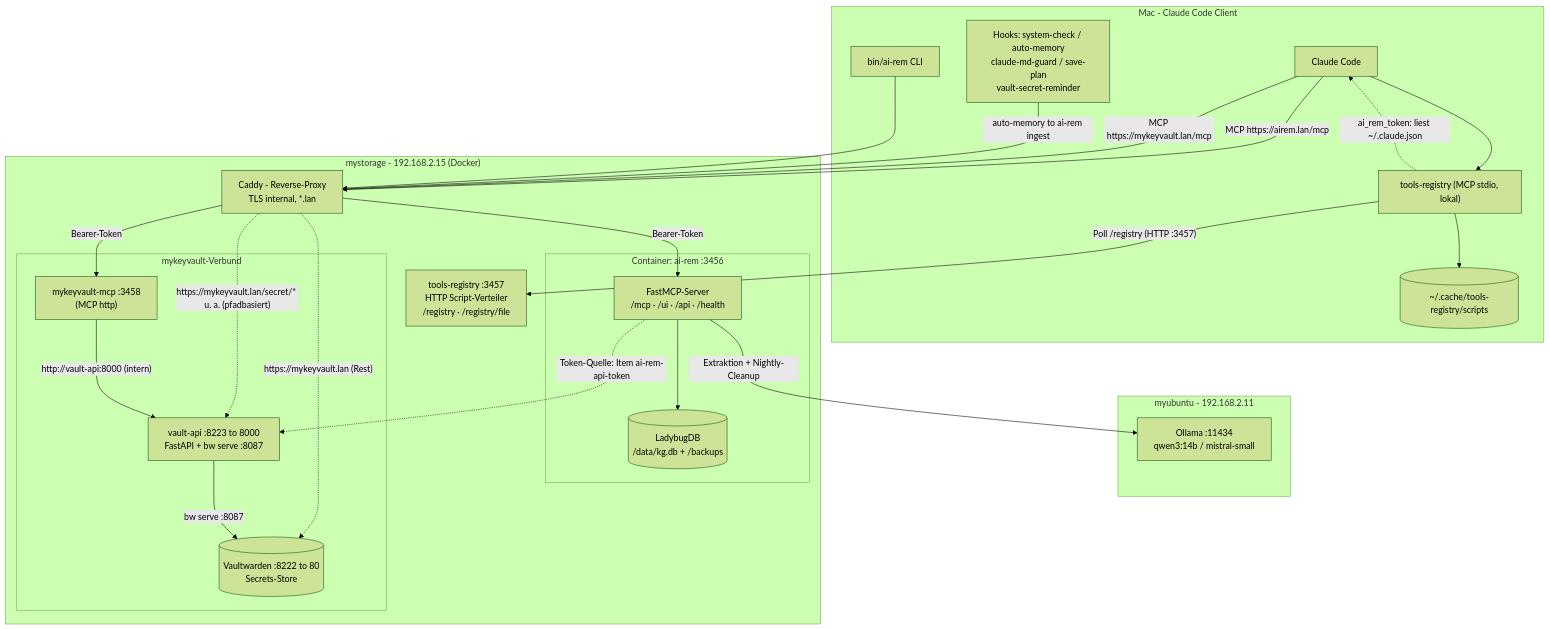
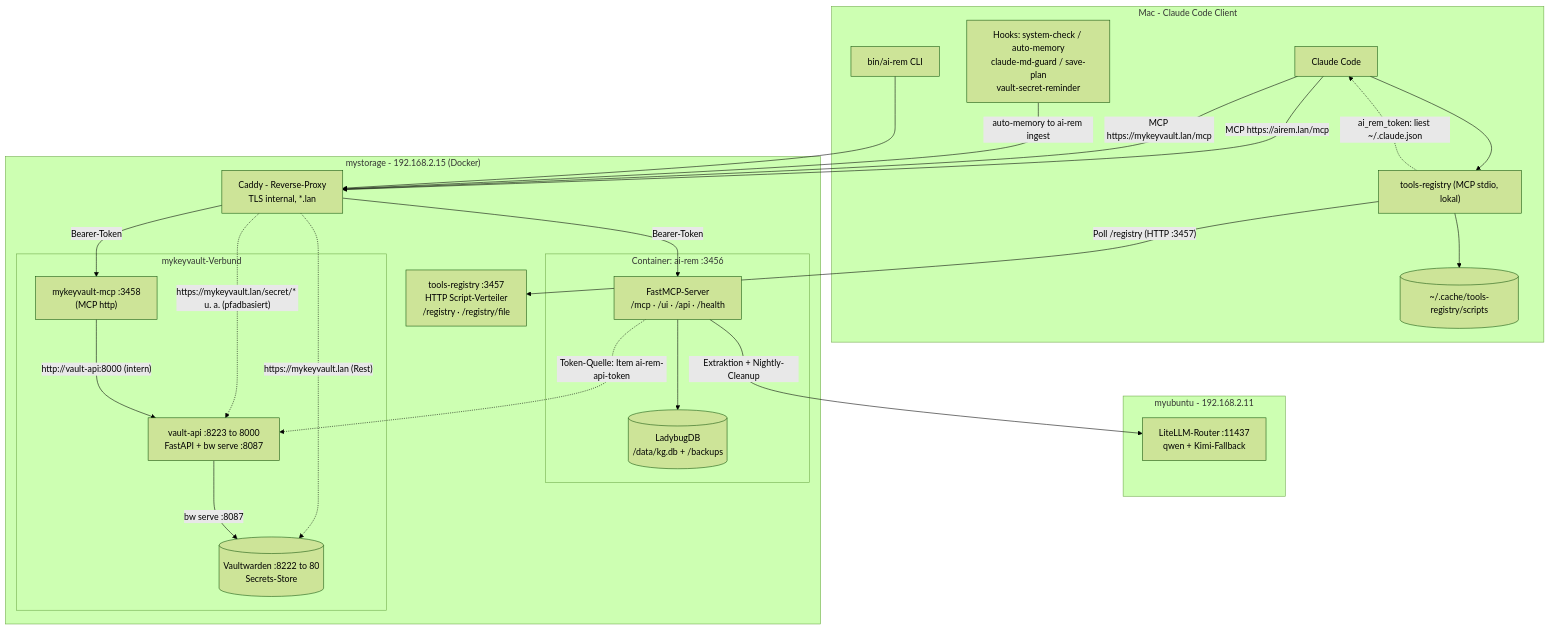
The diagram in docs/architecture-diagram.mmd (markus7h/ai-rem), drawn with Mermaid (forest theme) before and after one commit. The commit also changed 17 other files, not shown here.

First line of the commit message:
feat: LLM-Aufrufe über den Router statt direkt gegen myai (v1.2.0) (#129)

```diff
--- a/docs/architecture-diagram.mmd
+++ b/docs/architecture-diagram.mmd
@@ -1,53 +1,53 @@
 flowchart TB
   subgraph MAC["Mac - Claude Code Client"]
     CC["Claude Code"]
     HOOKS["Hooks: system-check / auto-memory<br/>claude-md-guard / save-plan<br/>vault-secret-reminder"]
     CLI["bin/ai-rem CLI"]
     TMCP["tools-registry (MCP stdio, lokal)"]
     CACHE[("~/.cache/tools-registry/scripts")]
   end
 
   subgraph UBU["myubuntu - 192.168.2.11"]
-    OLLAMA["Ollama :11434<br/>qwen3:14b / mistral-small"]
+    OLLAMA["LiteLLM-Router :11437<br/>qwen + Kimi-Fallback"]
   end
 
   subgraph STORAGE["mystorage - 192.168.2.15 (Docker)"]
     CADDY["Caddy - Reverse-Proxy<br/>TLS internal, *.lan"]
     subgraph AIREM_C["Container: ai-rem :3456"]
       AIREM["FastMCP-Server<br/>/mcp · /ui · /api · /health"]
       LADYBUG[("LadybugDB<br/>/data/kg.db + /backups")]
     end
     subgraph KV["mykeyvault-Verbund"]
       KVMCP["mykeyvault-mcp :3458<br/>(MCP http)"]
       VAPI["vault-api :8223 to 8000<br/>FastAPI + bw serve :8087"]
       VW[("Vaultwarden :8222 to 80<br/>Secrets-Store")]
     end
     REG["tools-registry :3457<br/>HTTP Script-Verteiler<br/>/registry · /registry/file"]
   end
 
   %% MCP-Kanaele (Bearer-Token ai-rem-api-token)
   CC -- "MCP https://airem.lan/mcp" --> CADDY
   CC -- "MCP https://mykeyvault.lan/mcp" --> CADDY
   CADDY -- "Bearer-Token" --> AIREM
   CADDY -- "Bearer-Token" --> KVMCP
   CADDY -. "https://mykeyvault.lan/secret/* u. a. (pfadbasiert)" .-> VAPI
   CADDY -. "https://mykeyvault.lan (Rest)" .-> VW
 
   %% tools-registry lokal
   CC --> TMCP
   TMCP -- "Poll /registry (HTTP :3457)" --> REG
   TMCP --> CACHE
   TMCP -. "ai_rem_token: liest ~/.claude.json" .-> CC
 
   %% Hooks und CLI
   HOOKS -- "auto-memory to ai-rem ingest" --> CADDY
   CLI --> CADDY
 
   %% ai-rem Abhaengigkeiten
   AIREM --> LADYBUG
   AIREM -- "Extraktion + Nightly-Cleanup" --> OLLAMA
 
   %% Secrets-Fluss
   KVMCP -- "http://vault-api:8000 (intern)" --> VAPI
   VAPI -- "bw serve :8087" --> VW
   AIREM -. "Token-Quelle: Item ai-rem-api-token" .-> VAPI
```
